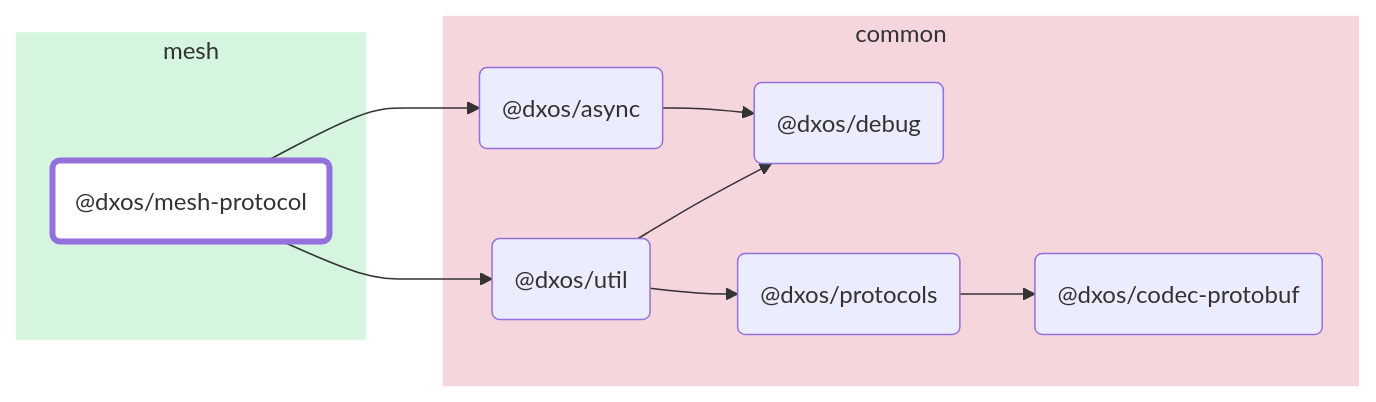
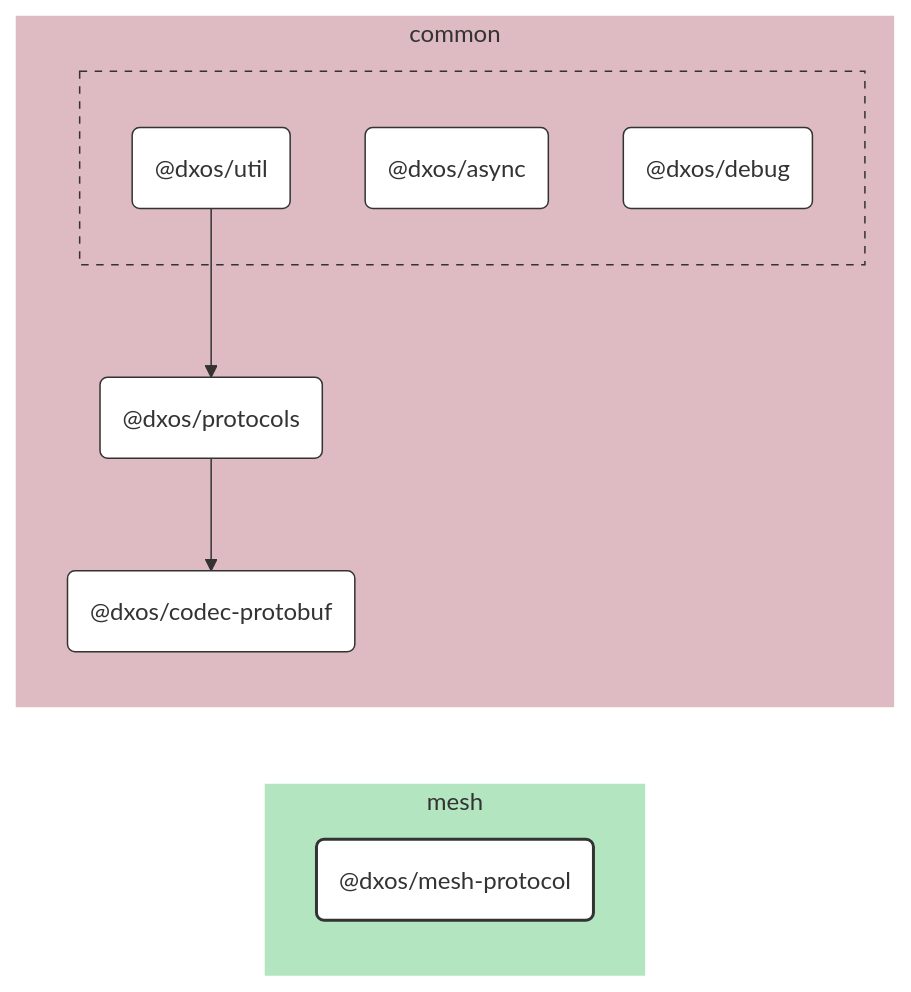
Before and after one commit to dxos/dxos: the diagram in packages/mesh/mesh-protocol/docs/README.md, drawn with Mermaid. The commit also changed 100 other files, not shown here.

````diff
--- a/packages/mesh/mesh-protocol/docs/README.md
+++ b/packages/mesh/mesh-protocol/docs/README.md
@@ -7,32 +7,52 @@
 ```mermaid
-flowchart LR;
+%%{ init: {'flowchart':{'curve':'basis'}} }%%
 
-style dxos/mesh-protocol fill:#fff,stroke-width:4px;
+flowchart LR
 
-click dxos/async "https:/github.com/dxos/dxos/tree/main/packages/common/async/docs";
-click dxos/debug "https:/github.com/dxos/dxos/tree/main/packages/common/debug/docs";
-click dxos/codec-protobuf "https:/github.com/dxos/dxos/tree/main/packages/common/codec-protobuf/docs";
-click dxos/util "https:/github.com/dxos/dxos/tree/main/packages/common/util/docs";
-click dxos/protocols "https:/github.com/dxos/dxos/tree/main/packages/common/protocols/docs";
+%% Links
+dxos/protocols --> dxos/codec-protobuf;
+dxos/util --> dxos/protocols;
 
+%% Sections
 subgraph mesh
-  style mesh fill:#d6f5de,stroke:#fff;
-  dxos/mesh-protocol("@dxos/mesh-protocol");
+  style mesh fill:#b3e6c0,stroke:#fff;
+
+  dxos/mesh-protocol("@dxos/mesh-protocol")
 end
 
 subgraph common
-  style common fill:#f5d6dd,stroke:#fff;
-  dxos/async("@dxos/async");
-  dxos/debug("@dxos/debug");
-  dxos/codec-protobuf("@dxos/codec-protobuf");
-  dxos/util("@dxos/util");
-  dxos/protocols("@dxos/protocols");
+  style common fill:#debac2,stroke:#fff;
+
+  dxos/codec-protobuf("@dxos/codec-protobuf")
+  dxos/protocols("@dxos/protocols")
+
+  subgraph common-excluded [ ]
+    style common-excluded fill:#debac2,stroke:#333,stroke-dasharray:5 5;
+
+    dxos/async("@dxos/async")
+    dxos/debug("@dxos/debug")
+    dxos/util("@dxos/util")
+  end
 end
 
-dxos/mesh-protocol --> dxos/async;
-dxos/async --> dxos/debug;
-dxos/mesh-protocol --> dxos/util;
-dxos/util --> dxos/debug;
-dxos/util --> dxos/protocols;
-dxos/protocols --> dxos/codec-protobuf;
+
+%% Hyperlinks
+click dxos/async href "https:/github.com/dxos/dxos/tree/main/packages/common/async/docs";
+click dxos/codec-protobuf href "https:/github.com/dxos/dxos/tree/main/packages/common/codec-protobuf/docs";
+click dxos/debug href "https:/github.com/dxos/dxos/tree/main/packages/common/debug/docs";
+click dxos/protocols href "https:/github.com/dxos/dxos/tree/main/packages/common/protocols/docs";
+click dxos/util href "https:/github.com/dxos/dxos/tree/main/packages/common/util/docs";
+
+%% Styles
+classDef rootNode fill:#fff,stroke:#333,stroke-width:2px
+classDef defaultNode fill:#fff,stroke:#333,stroke-width:1px
+linkStyle default stroke:#333,stroke-width:1px
+
+dxos/mesh-protocol:::rootNode
+
+dxos/async:::defaultNode
+dxos/codec-protobuf:::defaultNode
+dxos/debug:::defaultNode
+dxos/protocols:::defaultNode
+dxos/util:::defaultNode
 ```
````
